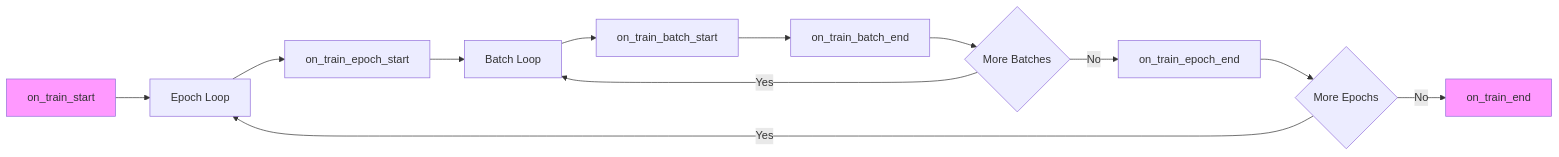
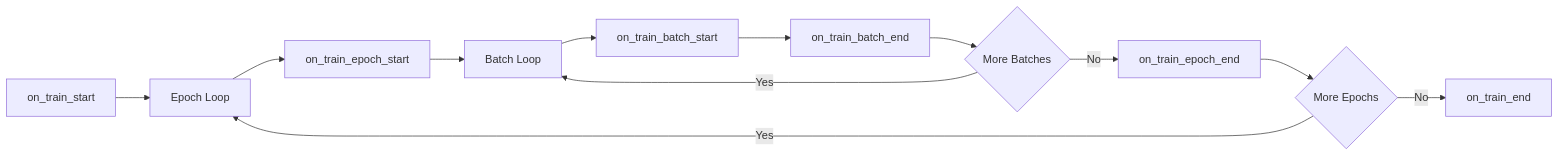
The diagram in docs/deep-learning/pytorch-lightning/04-custom-implementation/03-custom-callbacks.mdx (SAILTECHTEAM/knowledge-base), drawn with Mermaid before and after one commit. The commit also changed 7 other files, not shown here.

````diff
--- a/docs/deep-learning/pytorch-lightning/04-custom-implementation/03-custom-callbacks.mdx
+++ b/docs/deep-learning/pytorch-lightning/04-custom-implementation/03-custom-callbacks.mdx
@@ -15,17 +15,15 @@
 ```mermaid
 flowchart LR
     A[on_train_start] --> B[Epoch Loop]
     B --> C[on_train_epoch_start]
     C --> D[Batch Loop]
     D --> E[on_train_batch_start]
     E --> F[on_train_batch_end]
     F --> G{More Batches}
     G -->|Yes| D
     G -->|No| H[on_train_epoch_end]
     H --> I{More Epochs}
     I -->|Yes| B
     I -->|No| J[on_train_end]
     
-    style A fill:#f9f
-    style J fill:#f9f
 ```
````
